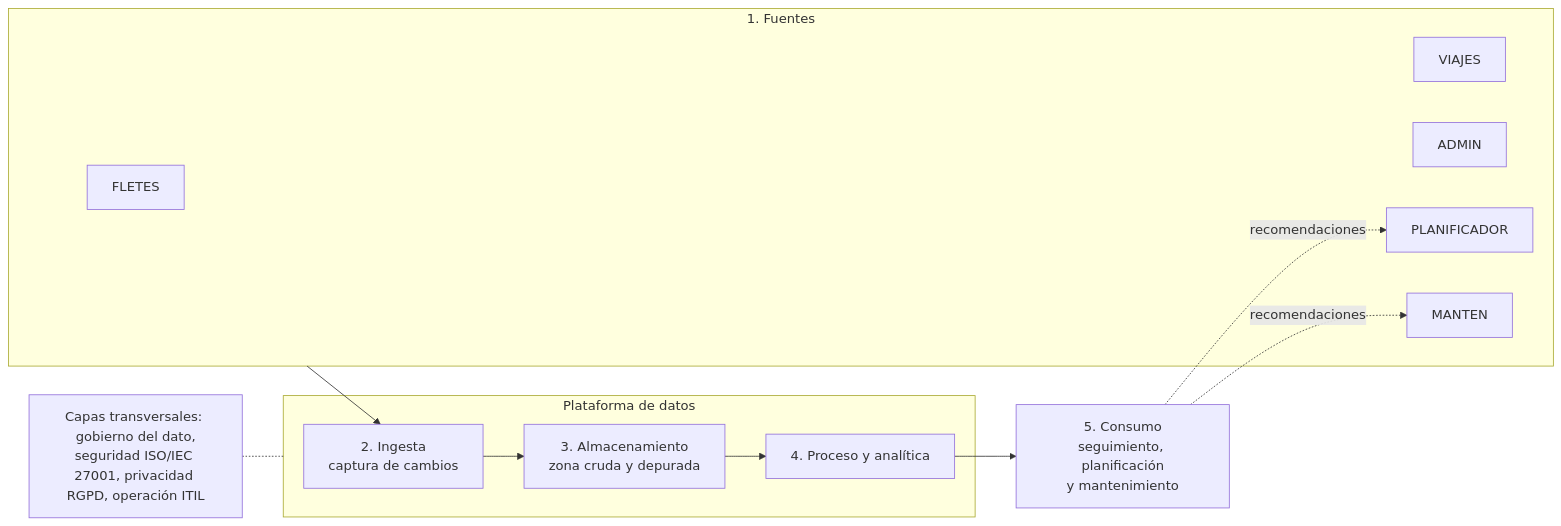
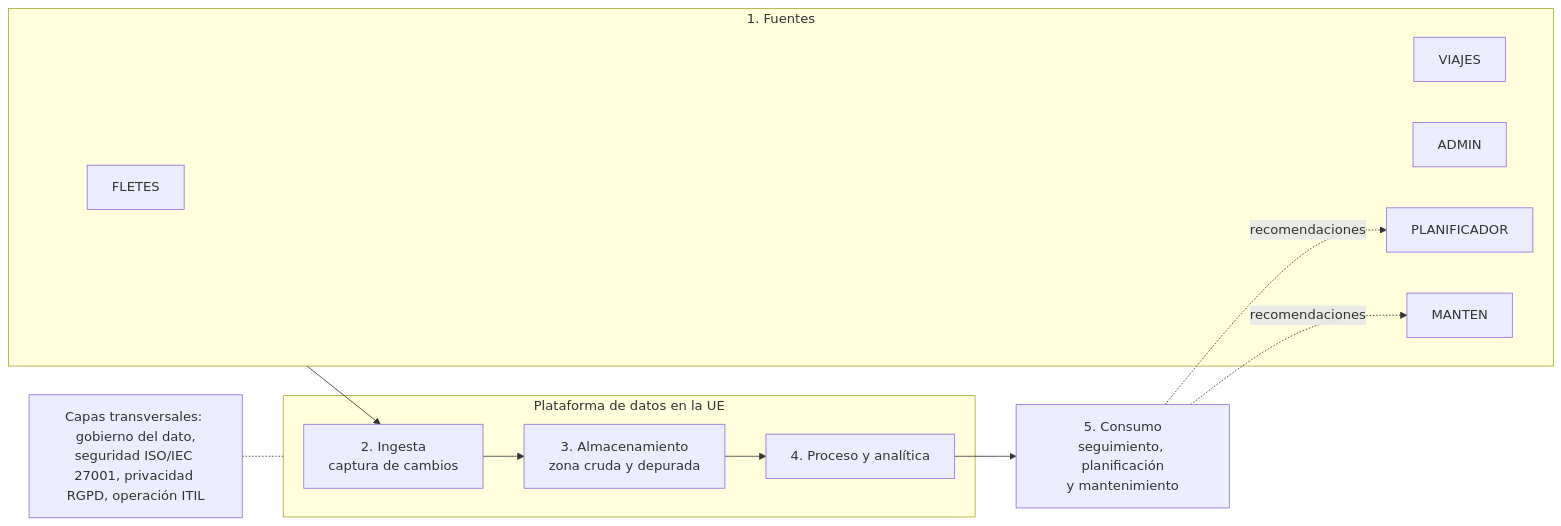
Before and after one commit to AlejoTechEngineer/estudio-viabilidad-bigdata-cti: the first of 3 diagrams in README.md, drawn with Mermaid. The commit also changed other lines of this file, not shown here.

````diff
--- a/README.md
+++ b/README.md
@@ -134,23 +121,23 @@
 ```mermaid
 flowchart LR
     subgraph F["1. Fuentes"]
         S1[FLETES]
         S2[VIAJES]
         S3[ADMIN]
         S4[PLANIFICADOR]
         S5[MANTEN]
     end
-    subgraph P["Plataforma de datos"]
+    subgraph P["Plataforma de datos en la UE"]
         I["2. Ingesta<br/>captura de cambios"]
         A["3. Almacenamiento<br/>zona cruda y depurada"]
         N["4. Proceso y analítica"]
         I --> A --> N
     end
     C["5. Consumo<br/>seguimiento, planificación<br/>y mantenimiento"]
     F --> I
     N --> C
     C -.->|recomendaciones| S4
     C -.->|recomendaciones| S5
     T["Capas transversales: gobierno del dato,<br/>seguridad ISO/IEC 27001, privacidad RGPD, operación ITIL"]
     T -.- P
 ```
````
